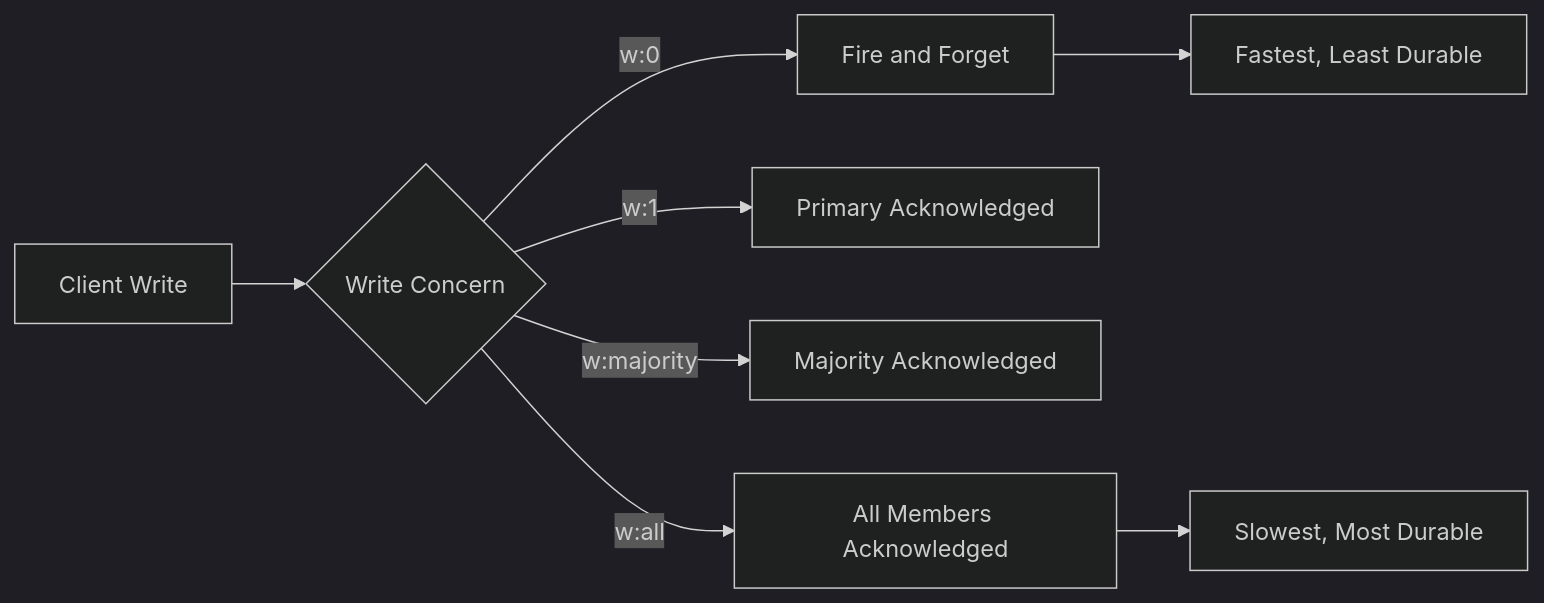
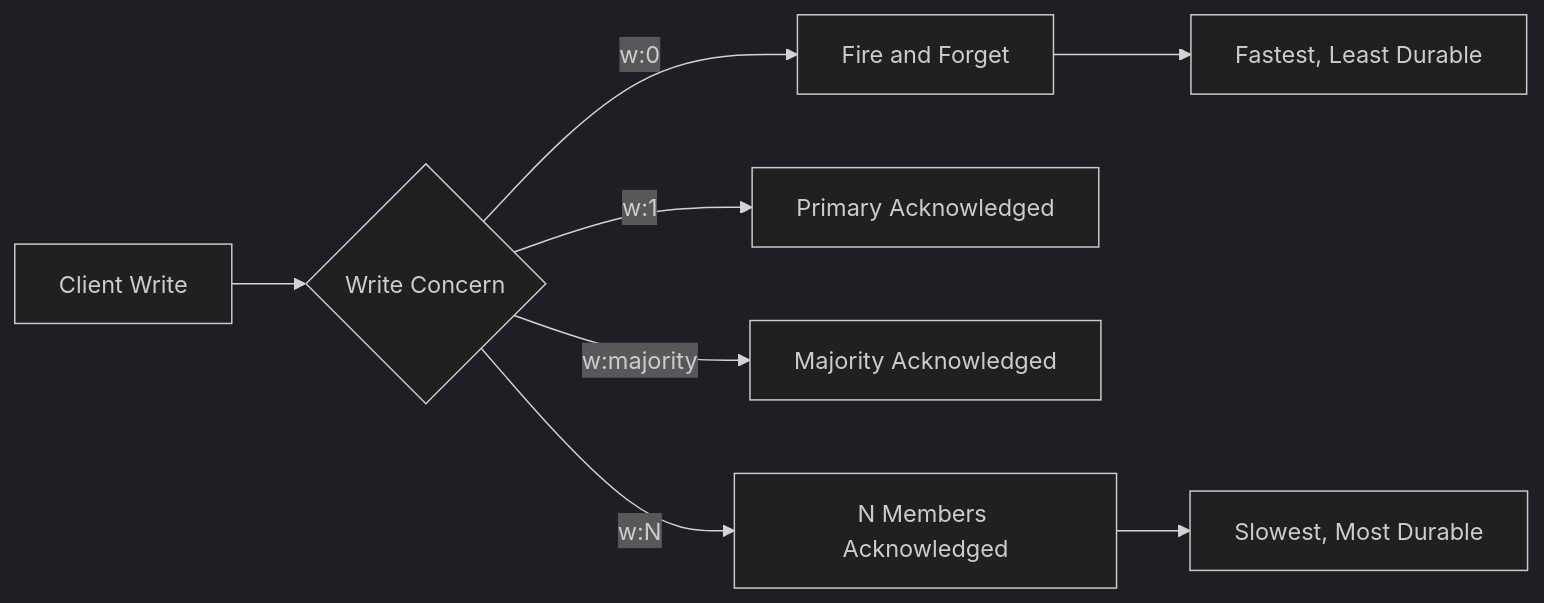
The diagram in posts/2026-01-25-mongodb-write-concern-levels/README.md (OneUptime/blog), drawn with Mermaid (dark theme) before and after one commit. The commit also changed other lines of this file and 2 other files, not shown here.

````diff
--- a/posts/2026-01-25-mongodb-write-concern-levels/README.md
+++ b/posts/2026-01-25-mongodb-write-concern-levels/README.md
@@ -15,11 +15,11 @@
 ```mermaid
 graph LR
     A[Client Write] --> B{Write Concern}
     B --> |w:0| C[Fire and Forget]
     B --> |w:1| D[Primary Acknowledged]
     B --> |w:majority| E[Majority Acknowledged]
-    B --> |w:all| F[All Members Acknowledged]
+    B --> |w:N| F[N Members Acknowledged]
 
     C --> G[Fastest, Least Durable]
     F --> H[Slowest, Most Durable]
 ```
````
